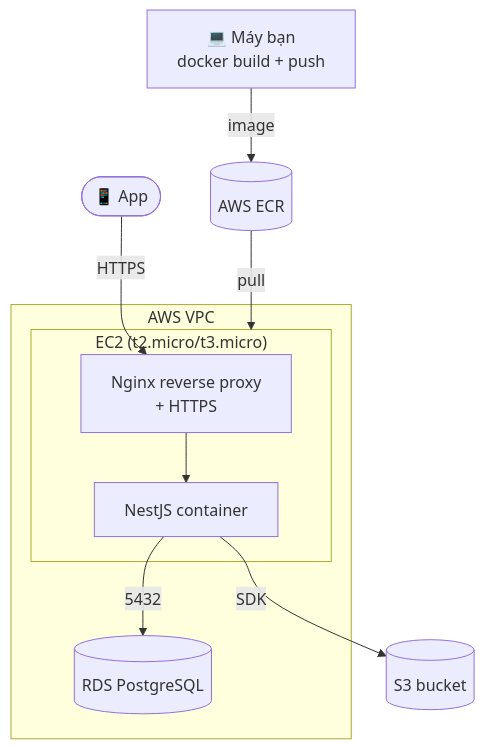
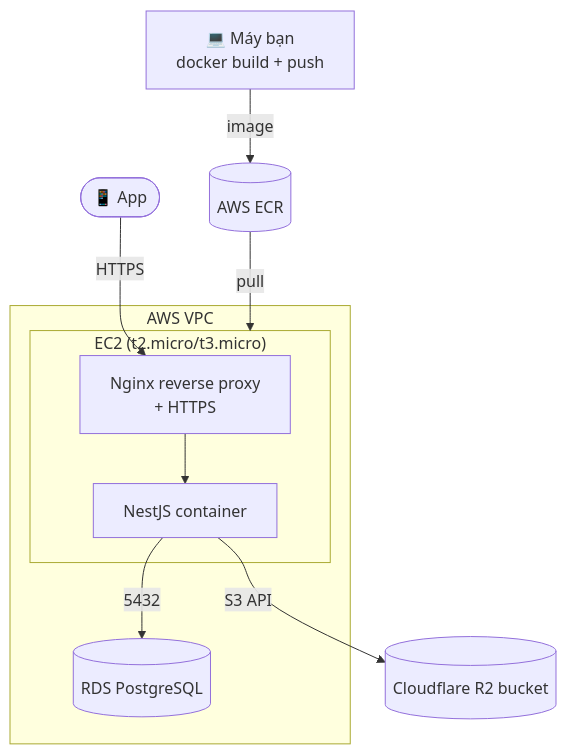
The seventh of 11 diagrams in DESIGN.md (truongpnhattien0299/price-tracker), drawn with Mermaid before and after one commit. The commit also changed other lines of this file and 3 other files, not shown here.

````diff
--- a/DESIGN.md
+++ b/DESIGN.md
@@ -424,16 +424,16 @@
 ```mermaid
 flowchart TB
     Dev[💻 Máy bạn<br/>docker build + push] -->|image| ECR[(AWS ECR)]
     ECR -->|pull| EC2
 
     subgraph VPC["AWS VPC"]
         subgraph EC2["EC2 (t2.micro/t3.micro)"]
             Nginx[Nginx reverse proxy<br/>+ HTTPS] --> Container[NestJS container]
         end
         RDS[(RDS PostgreSQL)]
     end
 
     Internet([📱 App]) -->|HTTPS| Nginx
     Container -->|5432| RDS
-    Container -->|SDK| S3[(S3 bucket)]
+    Container -->|S3 API| R2[(Cloudflare R2 bucket)]
 ```
````
